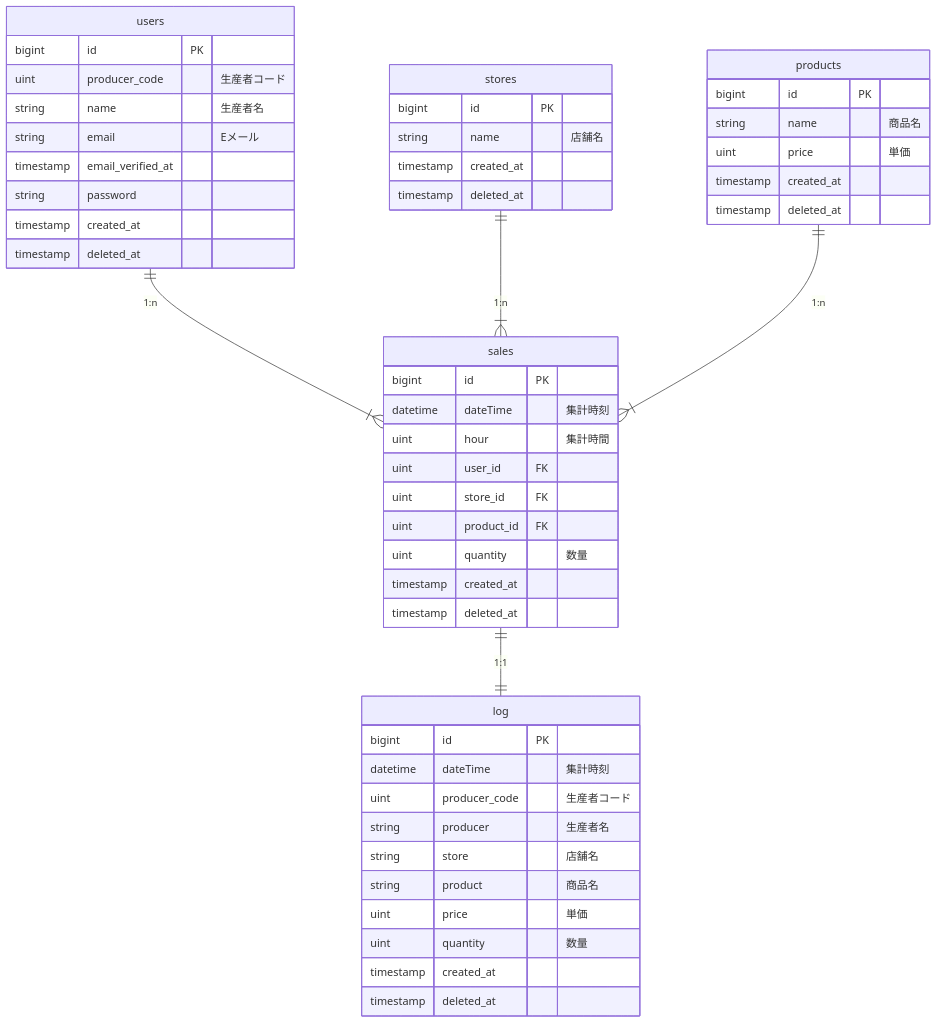
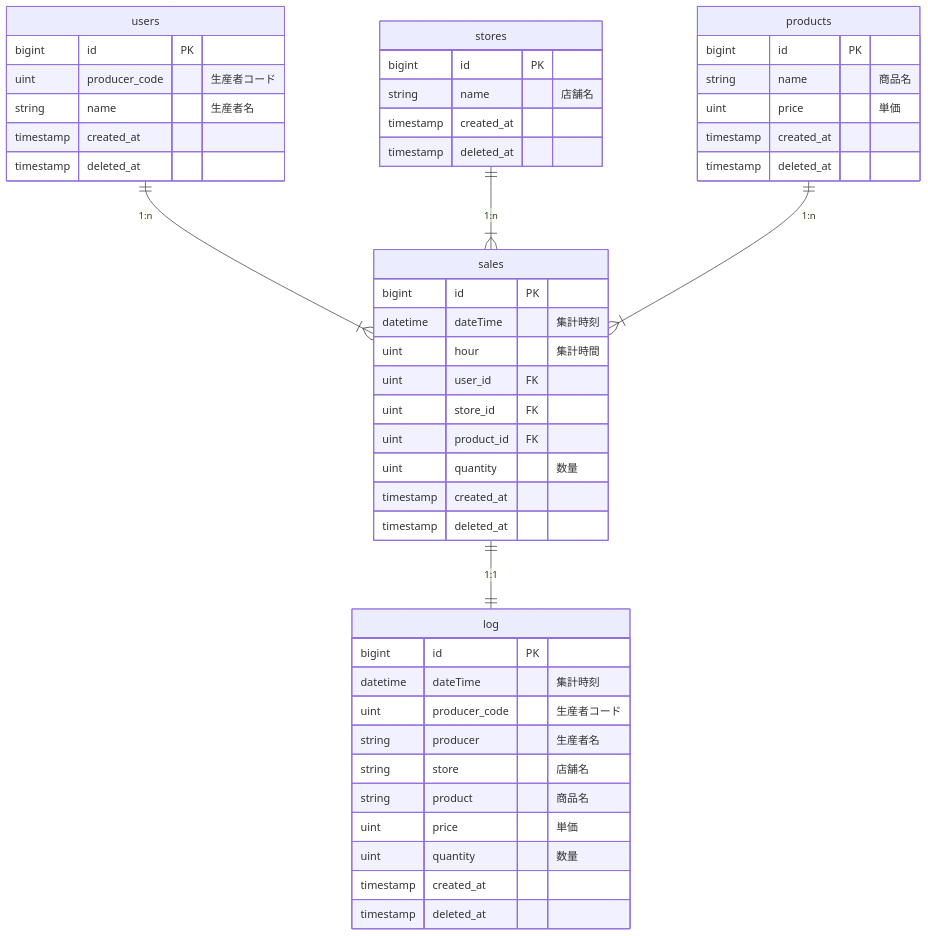
One commit to kodaikumatani/JAinaba-ERP-Backend changed the diagram in docs/er_diagram.md. Above: the diagram before and after it, drawn with Mermaid.

Commit message:
docs: ER図の更新

````diff
--- a/docs/er_diagram.md
+++ b/docs/er_diagram.md
@@ -2,58 +2,55 @@
 ```mermaid
 erDiagram
     sales ||--|| log: "1:1"
     users ||--|{ sales: "1:n"
     stores ||--|{ sales: "1:n"
     products ||--|{ sales: "1:n"
 
     log {
         bigint id PK
         datetime dateTime "集計時刻"
         uint producer_code "生産者コード"
         string producer "生産者名"
         string store "店舗名"
         string product "商品名"
         uint price "単価"
         uint quantity "数量"
         timestamp created_at
         timestamp deleted_at
     }
 
     sales {
         bigint id PK
         datetime dateTime "集計時刻"
         uint hour "集計時間"
         uint user_id FK
         uint store_id FK
         uint product_id FK
         uint quantity "数量"
         timestamp created_at
         timestamp deleted_at
     }
 
     users {
         bigint id PK
         uint producer_code "生産者コード"
         string name "生産者名"
-        string email "Eメール"
-        timestamp email_verified_at
-        string password
         timestamp created_at
         timestamp deleted_at
     }
 
     stores {
         bigint id PK
         string name "店舗名"
         timestamp created_at
         timestamp deleted_at
     }
 
     products {
         bigint id PK
         string name "商品名"
         uint price "単価"
         timestamp created_at
         timestamp deleted_at
     }
 ```
````
